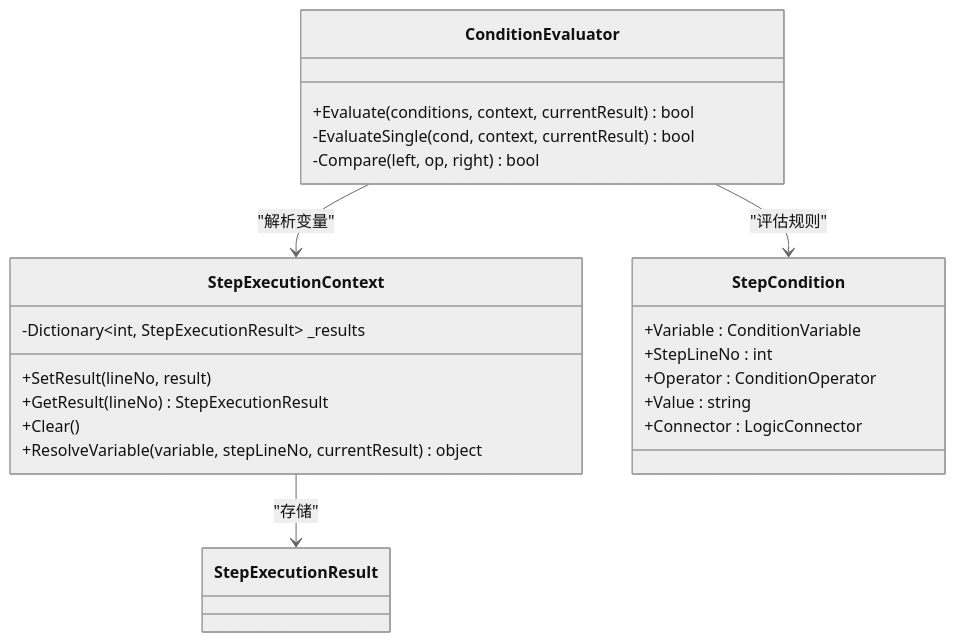
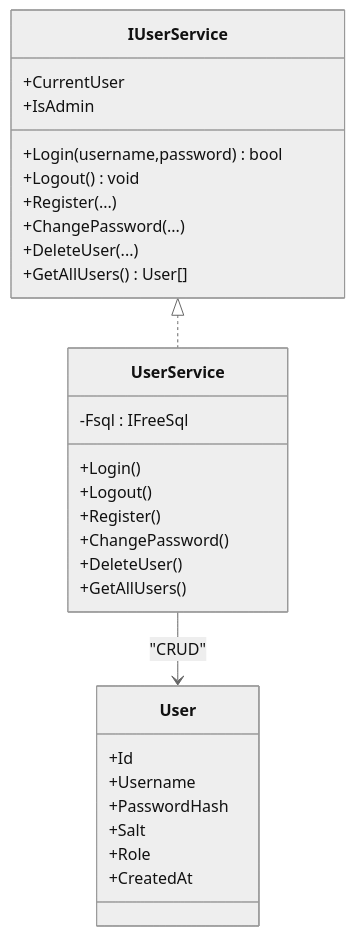
One commit to yooxii/ShaoLuAuto changed the seventh of 8 diagrams in .qoder/repowiki/zh/content/架构设计/架构设计.md. Above: the diagram before and after it, drawn with Mermaid (neutral theme). The commit also changed other lines of this file and 213 other files, not shown here.

````diff
--- a/.qoder/repowiki/zh/content/架构设计/架构设计.md
+++ b/.qoder/repowiki/zh/content/架构设计/架构设计.md
@@ -310,25 +358,32 @@
 ```mermaid
 classDiagram
-class StepExecutionContext {
--Dictionary~int, StepExecutionResult~ _results
-+SetResult(lineNo, result)
-+GetResult(lineNo) StepExecutionResult
-+Clear()
-+ResolveVariable(variable, stepLineNo, currentResult) object
+class IUserService {
++CurrentUser
++IsAdmin
++Login(username,password) bool
++Logout() void
++Register(...)
++ChangePassword(...)
++DeleteUser(...)
++GetAllUsers() User[]
 }
-class ConditionEvaluator {
-+Evaluate(conditions, context, currentResult) bool
--EvaluateSingle(cond, context, currentResult) bool
--Compare(left, op, right) bool
+class UserService {
+-Fsql : IFreeSql
++Login()
++Logout()
++Register()
++ChangePassword()
++DeleteUser()
++GetAllUsers()
 }
-class StepCondition {
-+Variable : ConditionVariable
-+StepLineNo : int
-+Operator : ConditionOperator
-+Value : string
-+Connector : LogicConnector
+class User {
++Id
++Username
++PasswordHash
++Salt
++Role
++CreatedAt
 }
-StepExecutionContext --> StepExecutionResult : "存储"
-ConditionEvaluator --> StepExecutionContext : "解析变量"
-ConditionEvaluator --> StepCondition : "评估规则"
+IUserService <|.. UserService
+UserService --> User : "CRUD"
 ```
````
